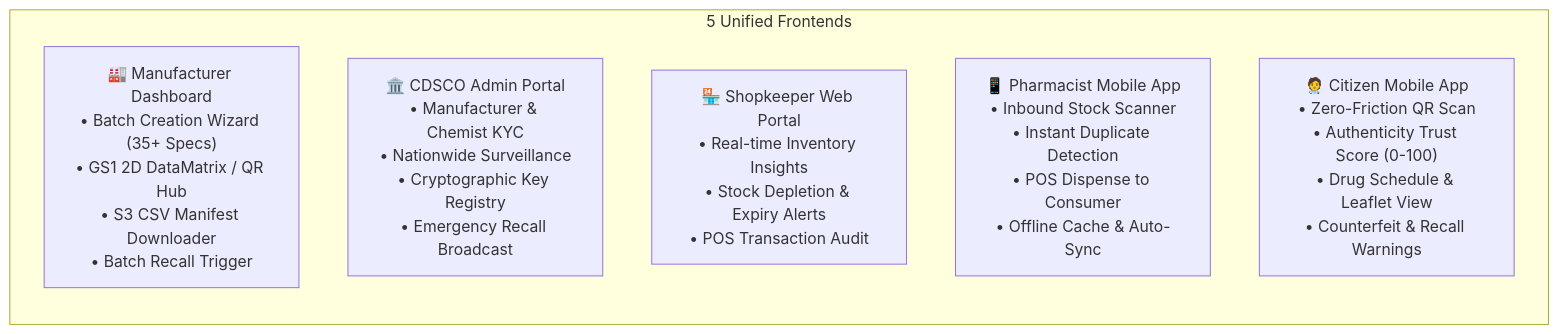
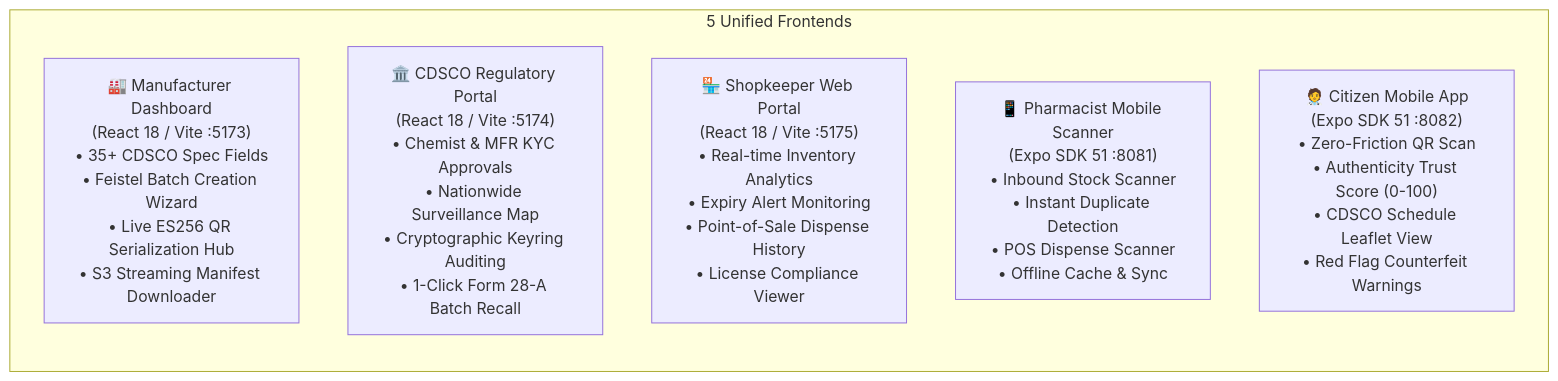
Before and after one commit to Sahil-coder-30/Pharma_Chain: the second of 2 diagrams in README.md, drawn with Mermaid. The commit also changed other lines of this file, not shown here.

Commit message:
docs: update README to V2 architecture highlighting blockchain nibble state machine, ephemeral key burning, and microservices optimization

````diff
--- a/README.md
+++ b/README.md
@@ -110,10 +441,10 @@
 ```mermaid
 graph LR
     subgraph "5 Unified Frontends"
-        A["🏭 Manufacturer Dashboard<br/>• Batch Creation Wizard (35+ Specs)<br/>• GS1 2D DataMatrix / QR Hub<br/>• S3 CSV Manifest Downloader<br/>• Batch Recall Trigger"]
-        B["🏛️ CDSCO Admin Portal<br/>• Manufacturer & Chemist KYC<br/>• Nationwide Surveillance<br/>• Cryptographic Key Registry<br/>• Emergency Recall Broadcast"]
-        C["🏪 Shopkeeper Web Portal<br/>• Real-time Inventory Insights<br/>• Stock Depletion & Expiry Alerts<br/>• POS Transaction Audit"]
-        D["📱 Pharmacist Mobile App<br/>• Inbound Stock Scanner<br/>• Instant Duplicate Detection<br/>• POS Dispense to Consumer<br/>• Offline Cache & Auto-Sync"]
-        E["🧑‍⚕️ Citizen Mobile App<br/>• Zero-Friction QR Scan<br/>• Authenticity Trust Score (0-100)<br/>• Drug Schedule & Leaflet View<br/>• Counterfeit & Recall Warnings"]
+        A["🏭 Manufacturer Dashboard<br/>(React 18 / Vite :5173)<br/>• 35+ CDSCO Spec Fields<br/>• Feistel Batch Creation Wizard<br/>• Live ES256 QR Serialization Hub<br/>• S3 Streaming Manifest Downloader"]
+        B["🏛️ CDSCO Regulatory Portal<br/>(React 18 / Vite :5174)<br/>• Chemist & MFR KYC Approvals<br/>• Nationwide Surveillance Map<br/>• Cryptographic Keyring Auditing<br/>• 1-Click Form 28-A Batch Recall"]
+        C["🏪 Shopkeeper Web Portal<br/>(React 18 / Vite :5175)<br/>• Real-time Inventory Analytics<br/>• Expiry Alert Monitoring<br/>• Point-of-Sale Dispense History<br/>• License Compliance Viewer"]
+        D["📱 Pharmacist Mobile Scanner<br/>(Expo SDK 51 :8081)<br/>• Inbound Stock Scanner<br/>• Instant Duplicate Detection<br/>• POS Dispense Scanner<br/>• Offline Cache & Sync"]
+        E["🧑‍⚕️ Citizen Mobile App<br/>(Expo SDK 51 :8082)<br/>• Zero-Friction QR Scan<br/>• Authenticity Trust Score (0-100)<br/>• CDSCO Schedule Leaflet View<br/>• Red Flag Counterfeit Warnings"]
     end
 ```
````
